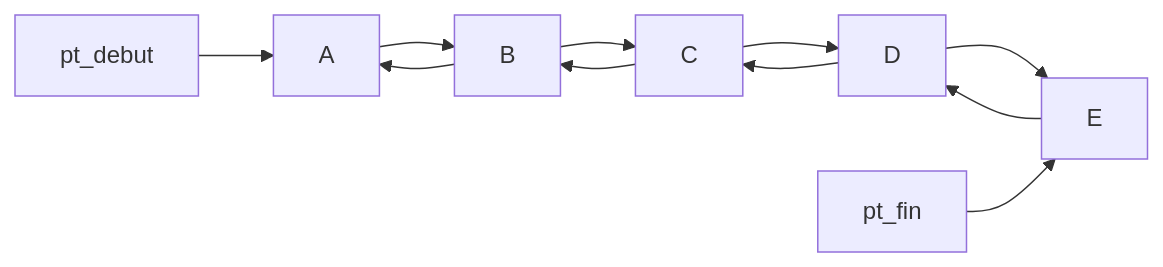
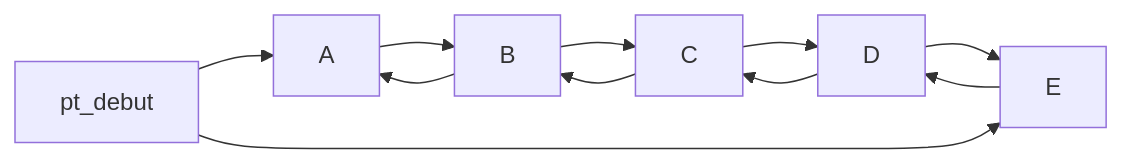
Before and after one commit to doutoum90/graytchadformationc: the fourth of 7 diagrams in docs/lecon20.md, drawn with Mermaid. The commit also changed other lines of this file and 1 other file, not shown here.

````diff
--- a/docs/lecon20.md
+++ b/docs/lecon20.md
@@ -58,9 +58,9 @@
 ```mermaid
 graph LR; 
-pt_debut-->A
+pt_debut-->A;
 A-->B; B-->A;
 B-->C; C-->B;
 C-->D; D-->C;
 D-->E;E-->D;
-pt_fin -->E;
+pt_debut -->E;
 ```
````
